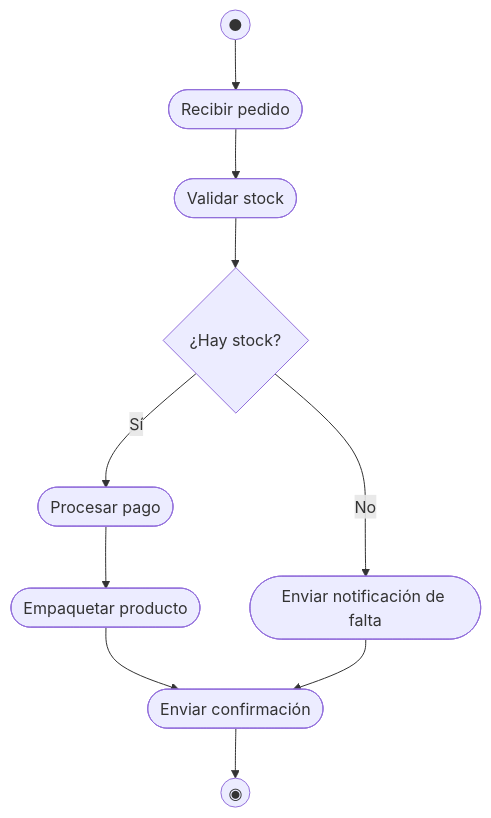
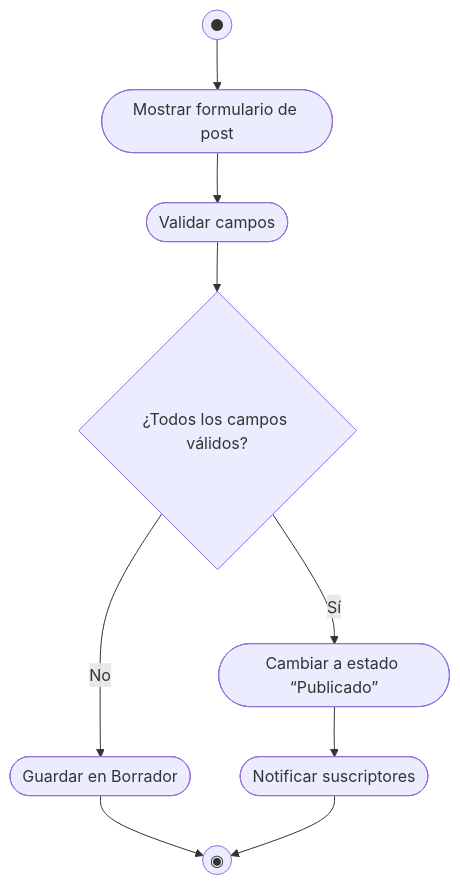
The fourth of 4 diagrams in EEDD/UD_7/Requisitos.md (AngelRagel05/Angel-1DAW), drawn with Mermaid before and after one commit. The commit also changed other lines of this file, not shown here.

````diff
--- a/EEDD/UD_7/Requisitos.md
+++ b/EEDD/UD_7/Requisitos.md
@@ -516,26 +151,22 @@
 ```mermaid
+
 flowchart TD
-  %% Nodo inicial y final
-  Inicio((●))  
-  Fin((◉))  
 
-  %% Actividades y decisiones
-  A([Recibir pedido])
-  B([Validar stock])
-  C{¿Hay stock?}
-  D([Procesar pago])
-  E([Empaquetar producto])
-  F([Enviar notificación de falta])
-  G([Enviar confirmación])
+ Inicio((●))
+ Form([Mostrar formulario de post])
+ Validar([Validar campos])
+ Decidir{¿Todos los campos válidos?}
+ Guardar([Guardar en Borrador])
+ Publicar([Cambiar a estado “Publicado”])
+ Notificar([Notificar suscriptores])
+ Fin((◉))
 
-  %% Flujo de control
-  Inicio --> A
-  A --> B
-  B --> C
-  C -- Sí --> D
-  C -- No --> F
-  D --> E
-  E --> G
-  F --> G
-  G --> Fin
+ Inicio --> Form
+ Form --> Validar
+ Validar --> Decidir
+ Decidir -- No --> Guardar
+ Decidir -- Sí --> Publicar
+ Guardar --> Fin
+ Publicar --> Notificar
+ Notificar --> Fin
 ```
````
